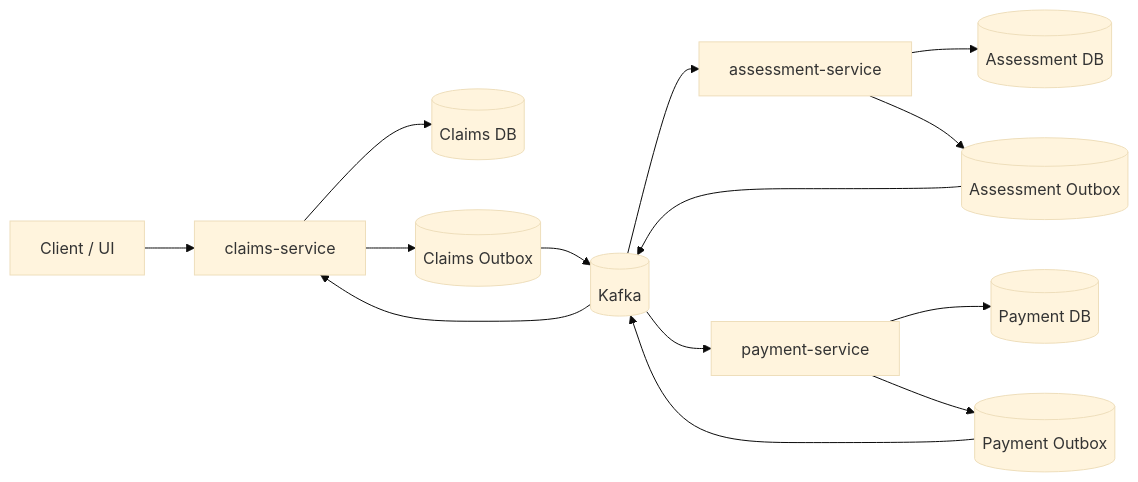
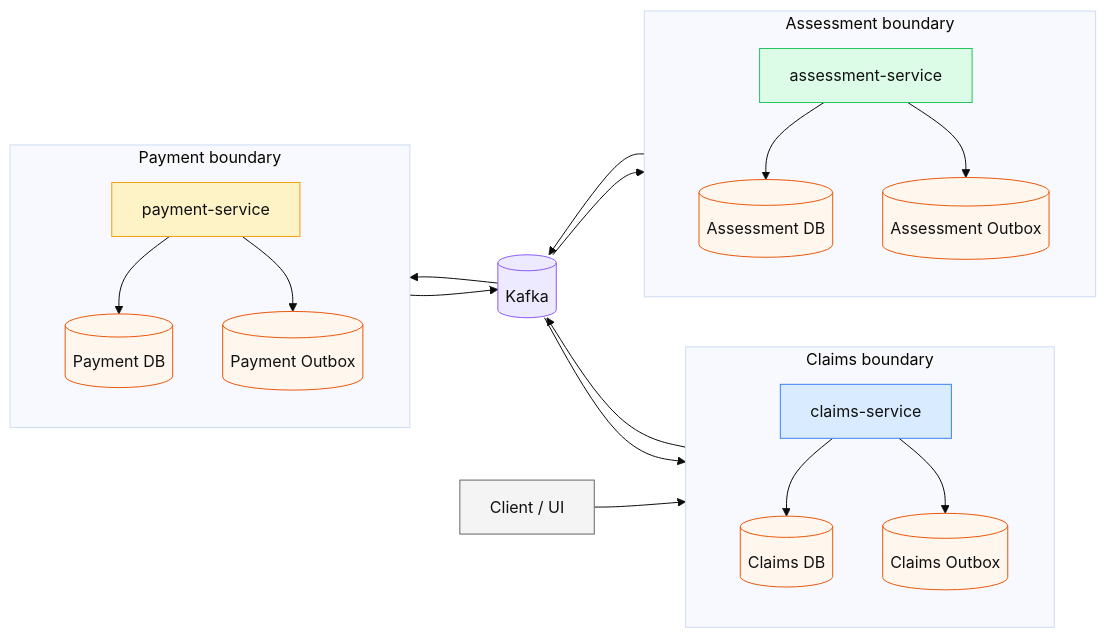
The diagram in README.md (MeuNaK/insurance-claims-event-driven), drawn with Mermaid (base theme) before and after one commit.

Commit message:
docs(README): add components flow diagram

````diff
--- a/README.md
+++ b/README.md
@@ -27,22 +27,60 @@
 ```mermaid
 flowchart LR
-Client[Client / UI] --> Claims[claims-service]
-Claims --> ClaimsDB[(Claims DB)]
-Claims --> ClaimsOutbox[(Claims Outbox)]
+    Client[Client / UI]
 
-    ClaimsOutbox --> Kafka[(Kafka)]
+    subgraph Claims["Claims boundary"]
+        direction TB
+        ClaimsSvc[claims-service]
+        ClaimsDB[(Claims DB)]
+        ClaimsOutbox[(Claims Outbox)]
+        ClaimsSvc --> ClaimsDB
+        ClaimsSvc --> ClaimsOutbox
+    end
 
-    Kafka --> Assessment[assessment-service]
-    Assessment --> AssessmentDB[(Assessment DB)]
-    Assessment --> AssessmentOutbox[(Assessment Outbox)]
+    subgraph Assessment["Assessment boundary"]
+        direction TB
+        AssessmentSvc[assessment-service]
+        AssessmentDB[(Assessment DB)]
+        AssessmentOutbox[(Assessment Outbox)]
+        AssessmentSvc --> AssessmentDB
+        AssessmentSvc --> AssessmentOutbox
+    end
 
+    subgraph Payment["Payment boundary"]
+        direction TB
+        PaymentSvc[payment-service]
+        PaymentDB[(Payment DB)]
+        PaymentOutbox[(Payment Outbox)]
+        PaymentSvc --> PaymentDB
+        PaymentSvc --> PaymentOutbox
+    end
+
+    Kafka[(Kafka)]
+
+    Client --> ClaimsSvc
+    Kafka --> ClaimsSvc
+    ClaimsOutbox --> Kafka
+    Kafka --> AssessmentSvc
     AssessmentOutbox --> Kafka
-
-    Kafka --> Payment[payment-service]
-    Payment --> PaymentDB[(Payment DB)]
-    Payment --> PaymentOutbox[(Payment Outbox)]
-
+    Kafka --> PaymentSvc
     PaymentOutbox --> Kafka
 
-    Kafka --> Claims
+    classDef client fill:#f4f4f4,stroke:#666,color:#111;
+    classDef claims fill:#d9ecff,stroke:#3b82f6,color:#111;
+    classDef assessment fill:#dcfce7,stroke:#22c55e,color:#111;
+    classDef payment fill:#fef3c7,stroke:#f59e0b,color:#111;
+    classDef db fill:#fff7ed,stroke:#ea580c,color:#111;
+    classDef kafka fill:#ede9fe,stroke:#8b5cf6,color:#111;
+
+    class Client client;
+    class ClaimsSvc claims;
+    class ClaimsDB db;
+    class ClaimsOutbox db;
+    class AssessmentSvc assessment;
+    class AssessmentDB db;
+    class AssessmentOutbox db;
+    class PaymentSvc payment;
+    class PaymentDB db;
+    class PaymentOutbox db;
+    class Kafka kafka;
 ```
````
